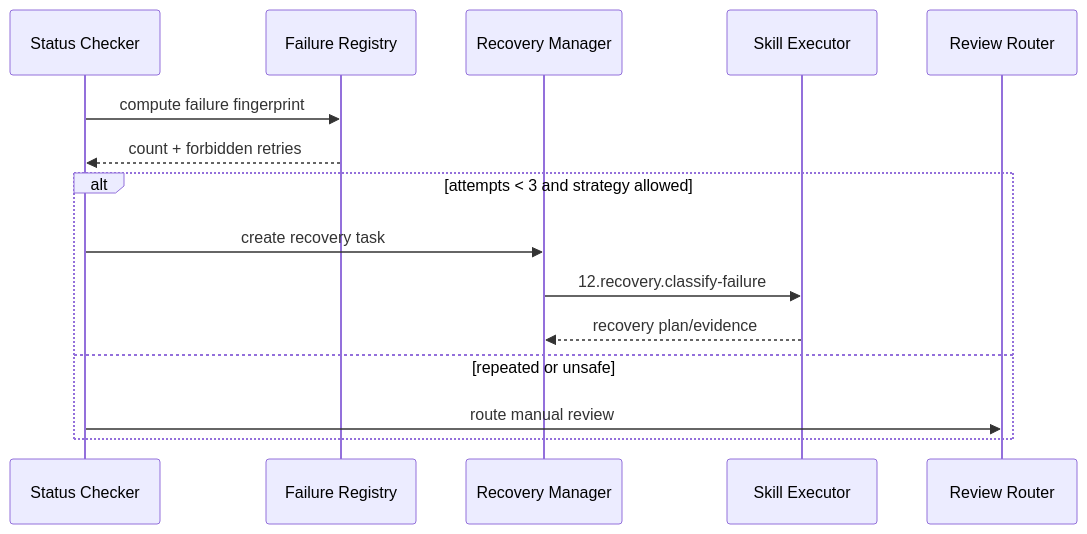
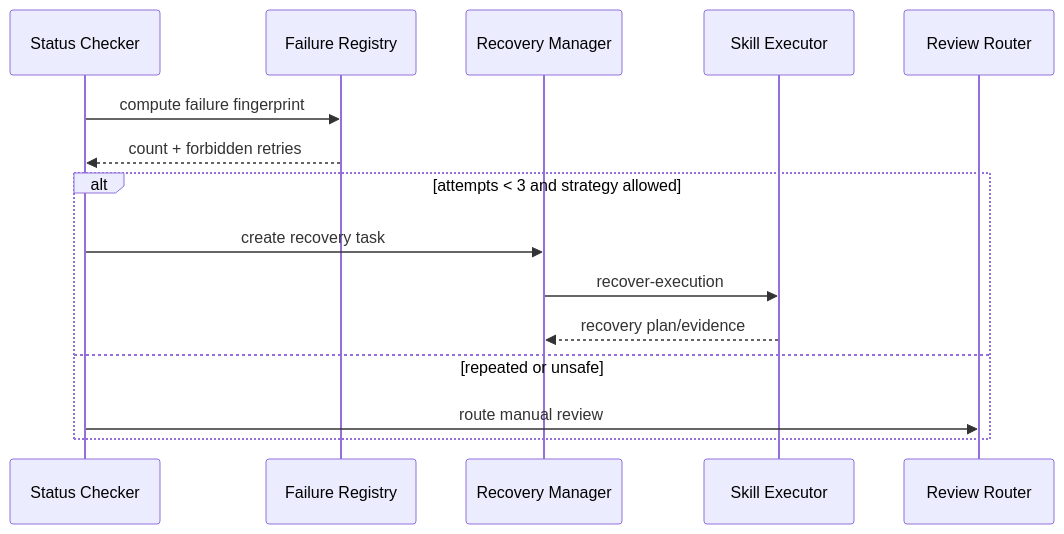
The ninth of 13 diagrams in docs/zh-CN/design.md (songcojp/agentic-spec-driven-auto-build), drawn with Mermaid before and after one commit. The commit also changed other lines of this file and 232 other files, not shown here.

````diff
--- a/docs/zh-CN/design.md
+++ b/docs/zh-CN/design.md
@@ -1289,18 +1289,18 @@
 ```mermaid
 sequenceDiagram
   participant SC as Status Checker
   participant FR as Failure Registry
   participant RC as Recovery Manager
   participant K as Skill Executor
   participant RV as Review Router
 
   SC->>FR: compute failure fingerprint
   FR-->>SC: count + forbidden retries
   alt attempts < 3 and strategy allowed
     SC->>RC: create recovery task
-    RC->>K: 12.recovery.classify-failure
+    RC->>K: recover-execution
     K-->>RC: recovery plan/evidence
   else repeated or unsafe
     SC->>RV: route manual review
   end
 ```
````
